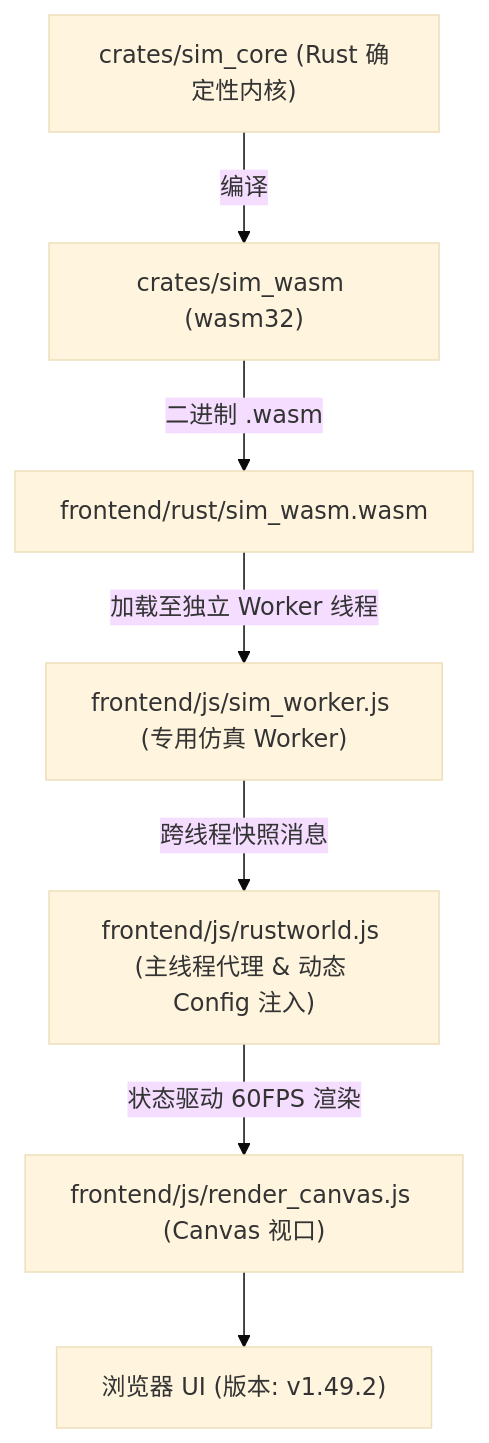
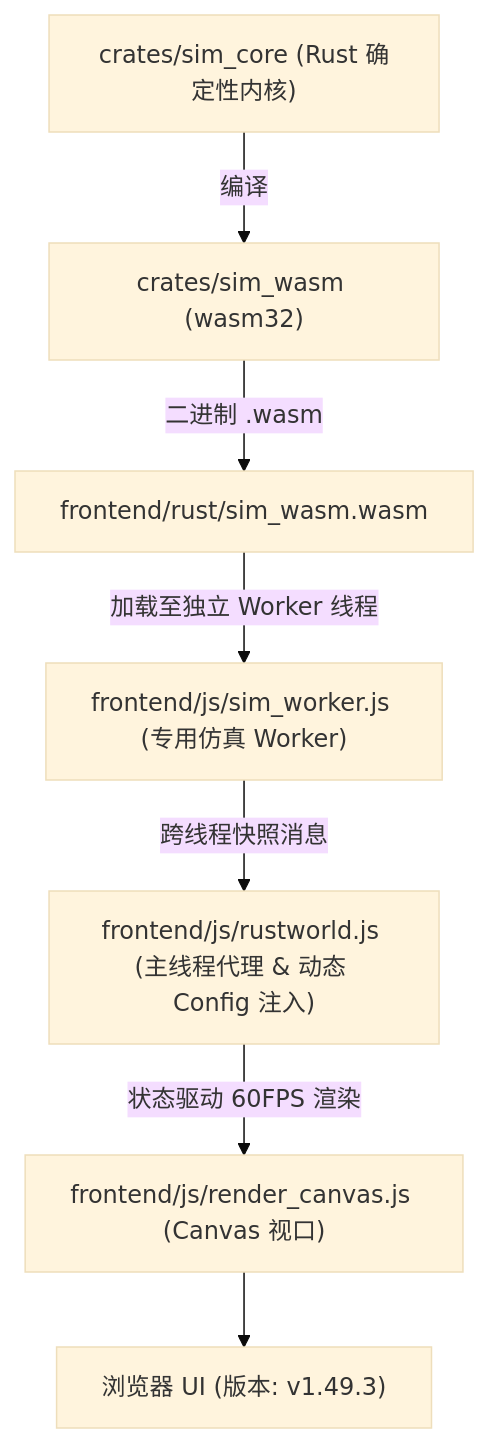
One commit to g39088902/FlowAndAccord changed the diagram in AGENTS.md. Above: the diagram before and after it, drawn with Mermaid (base theme). The commit also changed other lines of this file and 14 other files, not shown here.

````diff
--- a/AGENTS.md
+++ b/AGENTS.md
@@ -62,9 +62,9 @@
 ```mermaid
 graph TD
     A["crates/sim_core (Rust 确定性内核)"] -->|编译| B["crates/sim_wasm (wasm32)"]
     B -->|二进制 .wasm| C["frontend/rust/sim_wasm.wasm"]
     C -->|加载至独立 Worker 线程| D["frontend/js/sim_worker.js (专用仿真 Worker)"]
     D -->|跨线程快照消息| E["frontend/js/rustworld.js (主线程代理 & 动态 Config 注入)"]
     E -->|状态驱动 60FPS 渲染| F["frontend/js/render_canvas.js (Canvas 视口)"]
-    F --> G["浏览器 UI (版本: v1.49.2)"]
+    F --> G["浏览器 UI (版本: v1.49.3)"]
 ```
````
